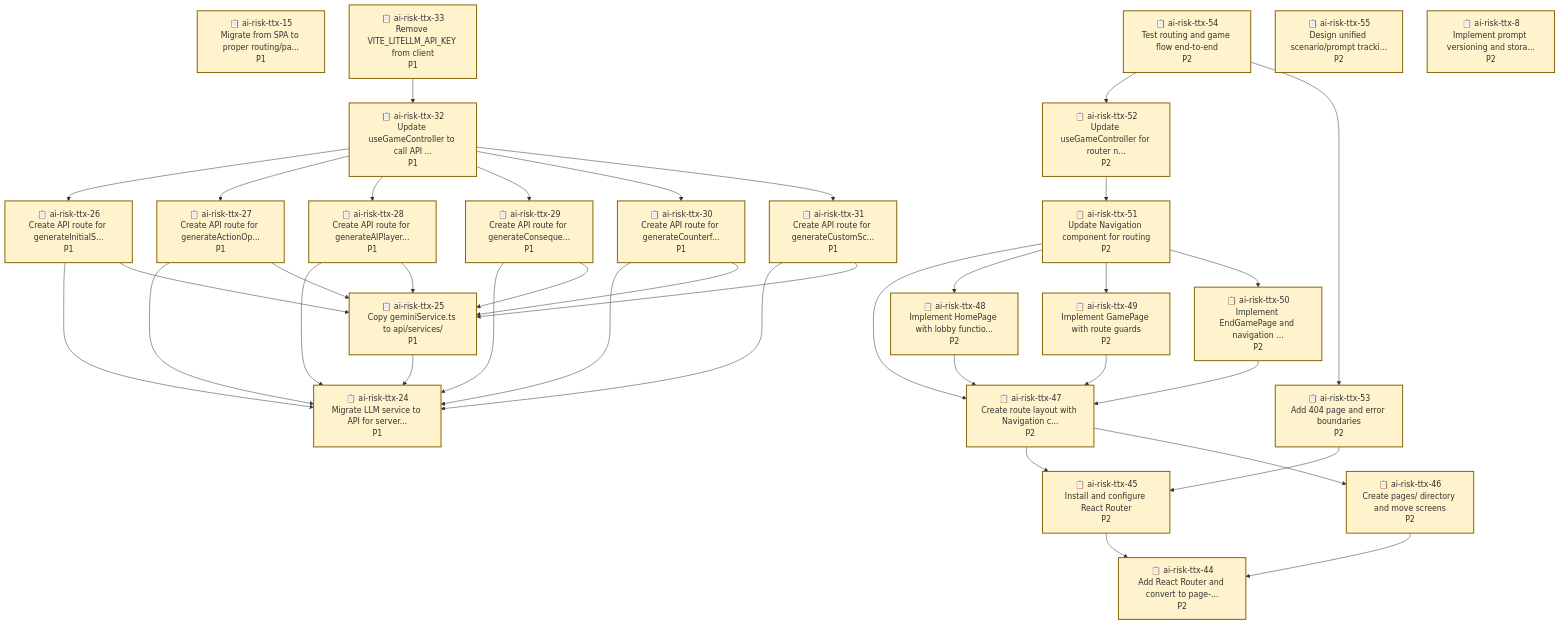
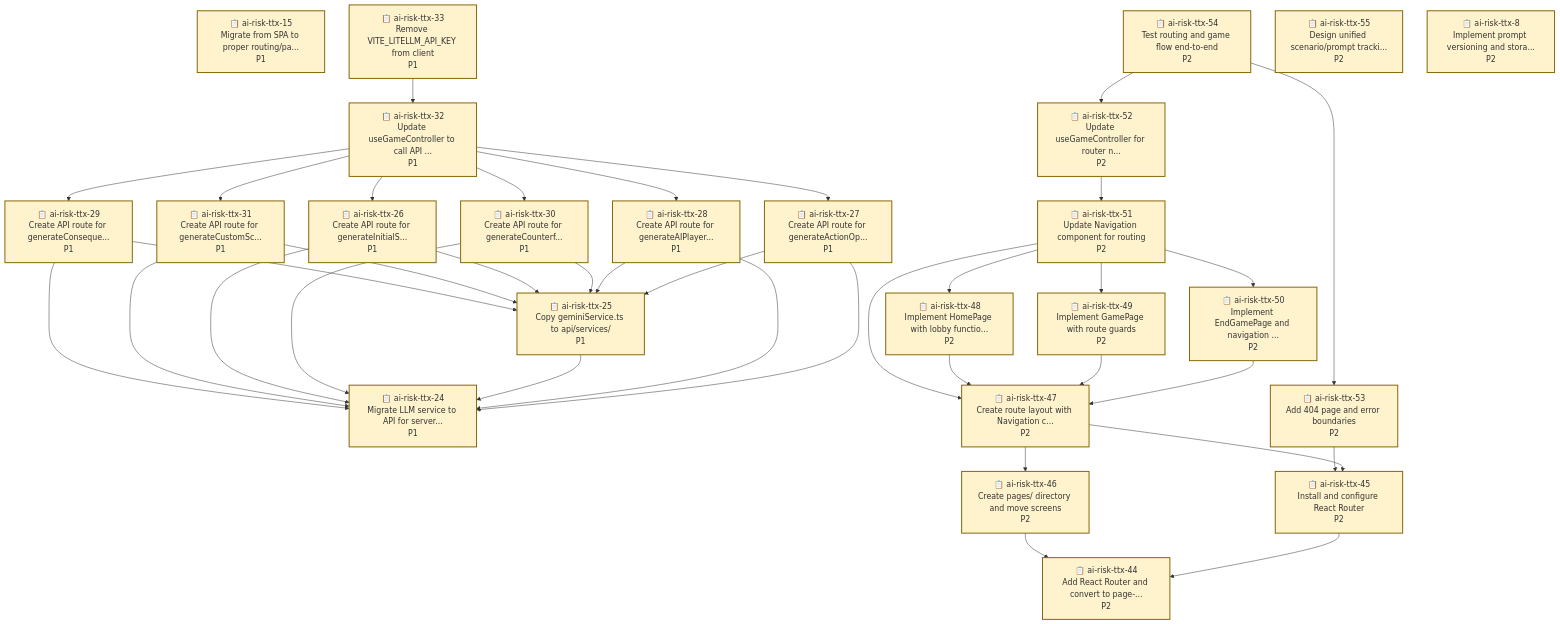
Before and after one commit to bhi5hmaraj/ai-risk-ttx: the diagram in README.md, drawn with Mermaid. The commit also changed other lines of this file and 2 other files, not shown here.

````diff
--- a/README.md
+++ b/README.md
@@ -298,16 +186,31 @@
     ai-risk-ttx-8["📋 ai-risk-ttx-8<br/>Implement prompt versioning and stora...<br/>P2"]
     style ai-risk-ttx-8 fill:#fff3cd,stroke:#856404,stroke-width:2px
 
+    ai-risk-ttx-53 --> ai-risk-ttx-45
+    ai-risk-ttx-47 --> ai-risk-ttx-45
+    ai-risk-ttx-47 --> ai-risk-ttx-46
+    ai-risk-ttx-33 --> ai-risk-ttx-32
+    ai-risk-ttx-46 --> ai-risk-ttx-44
     ai-risk-ttx-52 --> ai-risk-ttx-51
+    ai-risk-ttx-45 --> ai-risk-ttx-44
+    ai-risk-ttx-29 --> ai-risk-ttx-24
+    ai-risk-ttx-29 --> ai-risk-ttx-25
+    ai-risk-ttx-51 --> ai-risk-ttx-47
+    ai-risk-ttx-51 --> ai-risk-ttx-48
+    ai-risk-ttx-51 --> ai-risk-ttx-49
+    ai-risk-ttx-51 --> ai-risk-ttx-50
+    ai-risk-ttx-31 --> ai-risk-ttx-24
+    ai-risk-ttx-31 --> ai-risk-ttx-25
     ai-risk-ttx-54 --> ai-risk-ttx-52
     ai-risk-ttx-54 --> ai-risk-ttx-53
-    ai-risk-ttx-50 --> ai-risk-ttx-47
-    ai-risk-ttx-33 --> ai-risk-ttx-32
-    ai-risk-ttx-25 --> ai-risk-ttx-24
     ai-risk-ttx-26 --> ai-risk-ttx-24
     ai-risk-ttx-26 --> ai-risk-ttx-25
-    ai-risk-ttx-31 --> ai-risk-ttx-24
-    ai-risk-ttx-31 --> ai-risk-ttx-25
+    ai-risk-ttx-30 --> ai-risk-ttx-24
+    ai-risk-ttx-30 --> ai-risk-ttx-25
+    ai-risk-ttx-48 --> ai-risk-ttx-47
+    ai-risk-ttx-25 --> ai-risk-ttx-24
+    ai-risk-ttx-28 --> ai-risk-ttx-24
+    ai-risk-ttx-28 --> ai-risk-ttx-25
     ai-risk-ttx-32 --> ai-risk-ttx-26
     ai-risk-ttx-32 --> ai-risk-ttx-27
     ai-risk-ttx-32 --> ai-risk-ttx-28
@@ -315,22 +218,7 @@
     ai-risk-ttx-32 --> ai-risk-ttx-30
     ai-risk-ttx-32 --> ai-risk-ttx-31
     ai-risk-ttx-49 --> ai-risk-ttx-47
-    ai-risk-ttx-30 --> ai-risk-ttx-24
-    ai-risk-ttx-30 --> ai-risk-ttx-25
     ai-risk-ttx-27 --> ai-risk-ttx-24
     ai-risk-ttx-27 --> ai-risk-ttx-25
-    ai-risk-ttx-47 --> ai-risk-ttx-45
-    ai-risk-ttx-47 --> ai-risk-ttx-46
-    ai-risk-ttx-48 --> ai-risk-ttx-47
-    ai-risk-ttx-28 --> ai-risk-ttx-24
-    ai-risk-ttx-28 --> ai-risk-ttx-25
-    ai-risk-ttx-29 --> ai-risk-ttx-24
-    ai-risk-ttx-29 --> ai-risk-ttx-25
-    ai-risk-ttx-46 --> ai-risk-ttx-44
-    ai-risk-ttx-51 --> ai-risk-ttx-47
-    ai-risk-ttx-51 --> ai-risk-ttx-48
-    ai-risk-ttx-51 --> ai-risk-ttx-49
-    ai-risk-ttx-51 --> ai-risk-ttx-50
-    ai-risk-ttx-53 --> ai-risk-ttx-45
-    ai-risk-ttx-45 --> ai-risk-ttx-44
+    ai-risk-ttx-50 --> ai-risk-ttx-47
 ```
````
